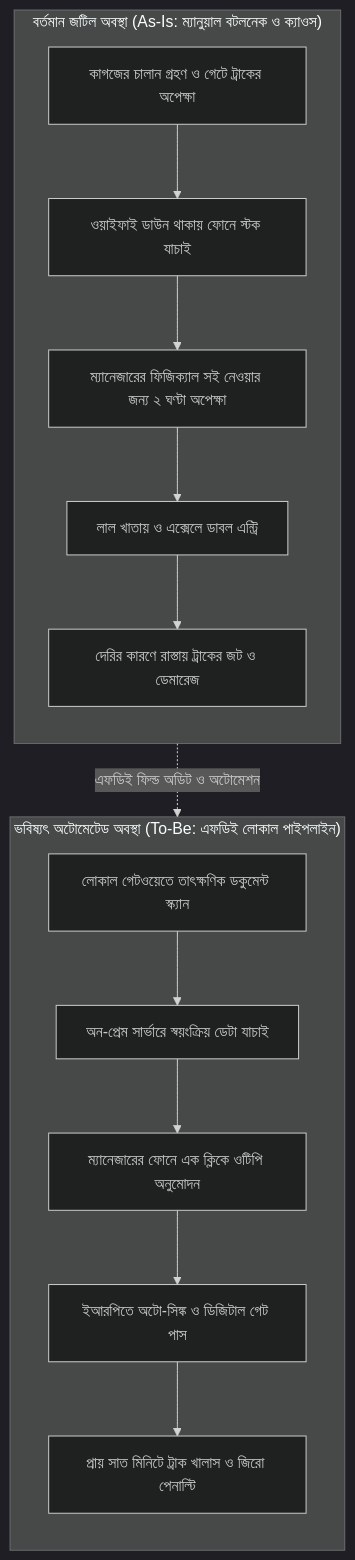
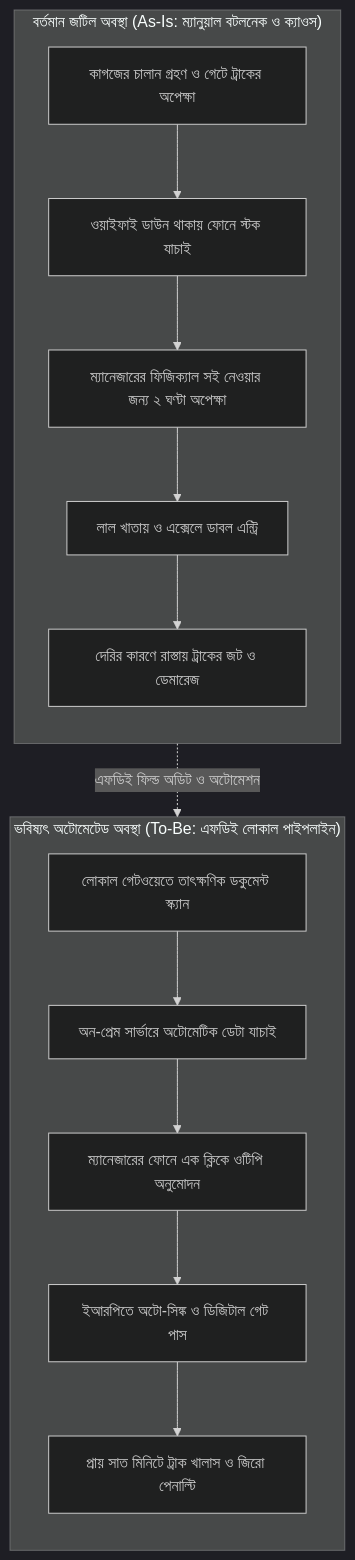
Before and after one commit to aiwithr/fde_book: the diagram in docs/chapter-1/index.md, drawn with Mermaid (dark theme). The commit also changed other lines of this file and 13 other files, not shown here.

````diff
--- a/docs/chapter-1/index.md
+++ b/docs/chapter-1/index.md
@@ -132,20 +134,20 @@
 ```mermaid
 flowchart TD
     subgraph AsIs["বর্তমান জটিল অবস্থা (As-Is: ম্যানুয়াল বটলনেক ও ক্যাওস)"]
         direction TB
         A1["কাগজের চালান গ্রহণ ও গেটে ট্রাকের অপেক্ষা"] --> A2["ওয়াইফাই ডাউন থাকায় ফোনে স্টক যাচাই"]
         A2 --> A3["ম্যানেজারের ফিজিক্যাল সই নেওয়ার জন্য ২ ঘণ্টা অপেক্ষা"]
         A3 --> A4["লাল খাতায় ও এক্সেলে ডাবল এন্ট্রি"]
         A4 --> A5["দেরির কারণে রাস্তায় ট্রাকের জট ও ডেমারেজ"]
     end
 
     subgraph ToBe["ভবিষ্যৎ অটোমেটেড অবস্থা (To-Be: এফডিই লোকাল পাইপলাইন)"]
         direction TB
-        B1["লোকাল গেটওয়েতে তাৎক্ষণিক ডকুমেন্ট স্ক্যান"] --> B2["অন-প্রেম সার্ভারে স্বয়ংক্রিয় ডেটা যাচাই"]
+        B1["লোকাল গেটওয়েতে তাৎক্ষণিক ডকুমেন্ট স্ক্যান"] --> B2["অন-প্রেম সার্ভারে অটোমেটিক ডেটা যাচাই"]
         B2 --> B3["ম্যানেজারের ফোনে এক ক্লিকে ওটিপি অনুমোদন"]
         B3 --> B4["ইআরপিতে অটো-সিঙ্ক ও ডিজিটাল গেট পাস"]
         B4 --> B5["প্রায় সাত মিনিটে ট্রাক খালাস ও জিরো পেনাল্টি"]
     end
 
     AsIs -.->|"এফডিই ফিল্ড অডিট ও অটোমেশন"| ToBe
 ```
````
